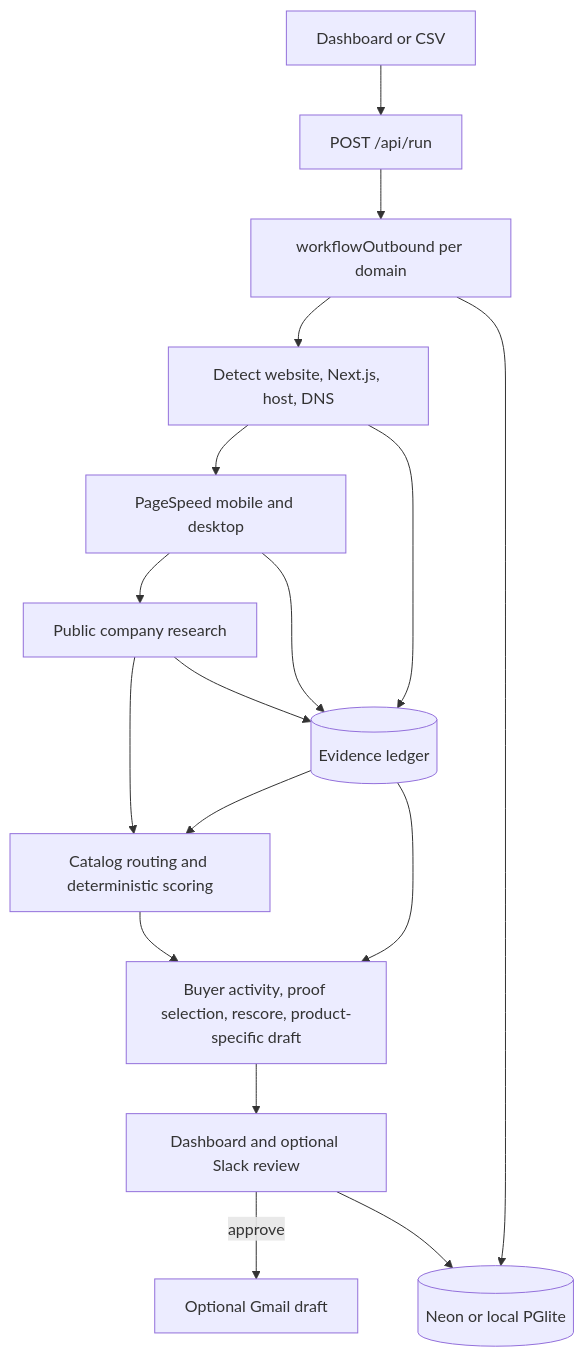
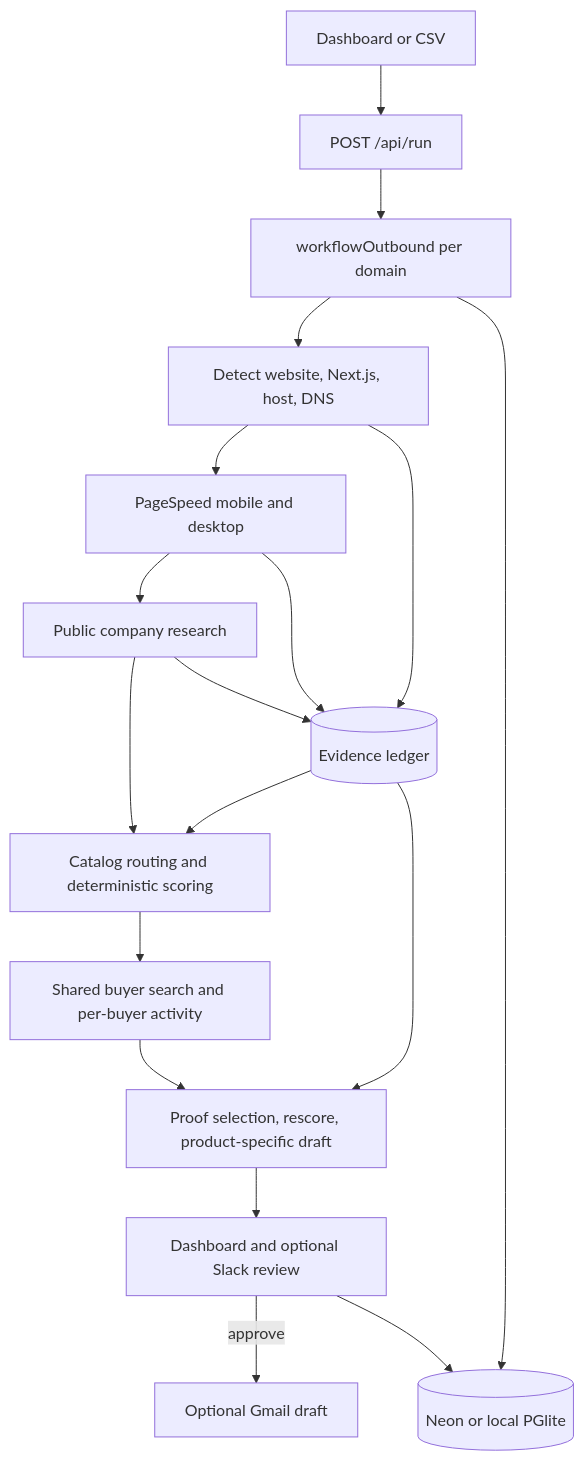
The diagram in docs/architecture/system.md (alvinalaphat/next-prospect), drawn with Mermaid before and after one commit. The commit also changed other lines of this file and 82 other files, not shown here.

````diff
--- a/docs/architecture/system.md
+++ b/docs/architecture/system.md
@@ -9,15 +9,16 @@
 ```mermaid
 flowchart TD
   INPUT[Dashboard or CSV] --> RUN[POST /api/run]
   RUN --> WF[workflowOutbound per domain]
   WF --> DETECT[Detect website, Next.js, host, DNS]
   DETECT --> PERF[PageSpeed mobile and desktop]
   PERF --> RESEARCH[Public company research]
   RESEARCH --> PLAN[Catalog routing and deterministic scoring]
-  PLAN --> ENRICH[Buyer activity, proof selection, rescore, product-specific draft]
+  PLAN --> BUYERS[Shared buyer search and per-buyer activity]
+  BUYERS --> ENRICH[Proof selection, rescore, product-specific draft]
   ENRICH --> REVIEW[Dashboard and optional Slack review]
   REVIEW -->|approve| GMAIL[Optional Gmail draft]
   DETECT & PERF & RESEARCH --> LEDGER[(Evidence ledger)]
   LEDGER --> PLAN & ENRICH
   WF & REVIEW --> DB[(Neon or local PGlite)]
 ```
````
